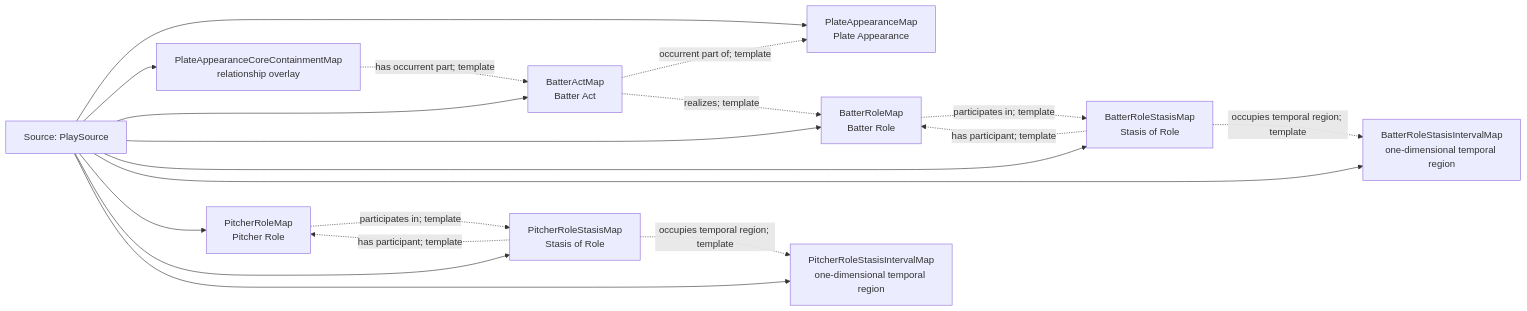
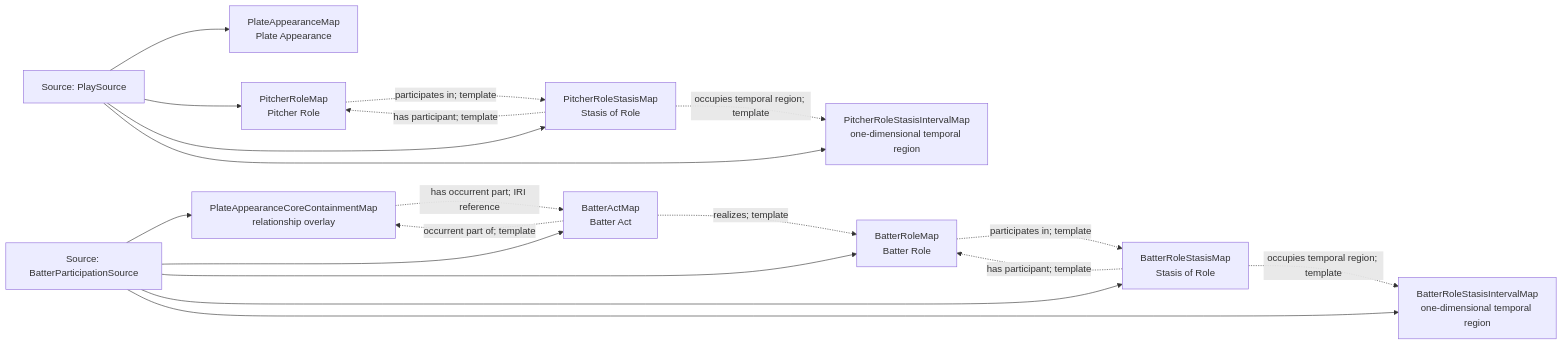
The diagram in Baseball/mermaid/patterns/mlb-game/07-plate-appearance-core.md (CarterBeauBenson/BaseballO), drawn with Mermaid before and after one commit. The commit also changed other lines of this file and 153 other files, not shown here.

````diff
--- a/Baseball/mermaid/patterns/mlb-game/07-plate-appearance-core.md
+++ b/Baseball/mermaid/patterns/mlb-game/07-plate-appearance-core.md
@@ -10,31 +10,32 @@
 ```mermaid
 flowchart LR
-    S01["Source: PlaySource"]
+    S01["Source: BatterParticipationSource"]
+    S02["Source: PlaySource"]
     M01["PlateAppearanceMap<br/>Plate Appearance"]
     M02["PlateAppearanceCoreContainmentMap<br/>relationship overlay"]
     M03["BatterActMap<br/>Batter Act"]
     M04["BatterRoleMap<br/>Batter Role"]
     M05["BatterRoleStasisMap<br/>Stasis of Role"]
     M06["BatterRoleStasisIntervalMap<br/>one-dimensional temporal region"]
     M07["PitcherRoleMap<br/>Pitcher Role"]
     M08["PitcherRoleStasisMap<br/>Stasis of Role"]
     M09["PitcherRoleStasisIntervalMap<br/>one-dimensional temporal region"]
-    S01 --> M01
+    S02 --> M01
     S01 --> M02
     S01 --> M03
     S01 --> M04
     S01 --> M05
     S01 --> M06
-    S01 --> M07
-    S01 --> M08
-    S01 --> M09
-    M02 -.->|has occurrent part; template| M03
-    M03 -.->|occurrent part of; template| M01
+    S02 --> M07
+    S02 --> M08
+    S02 --> M09
+    M02 -.->|has occurrent part; IRI reference| M03
+    M03 -.->|occurrent part of; template| M02
     M03 -.->|realizes; template| M04
     M04 -.->|participates in; template| M05
     M05 -.->|has participant; template| M04
     M05 -.->|occupies temporal region; template| M06
     M07 -.->|participates in; template| M08
     M08 -.->|has participant; template| M07
     M08 -.->|occupies temporal region; template| M09
 ```
````
